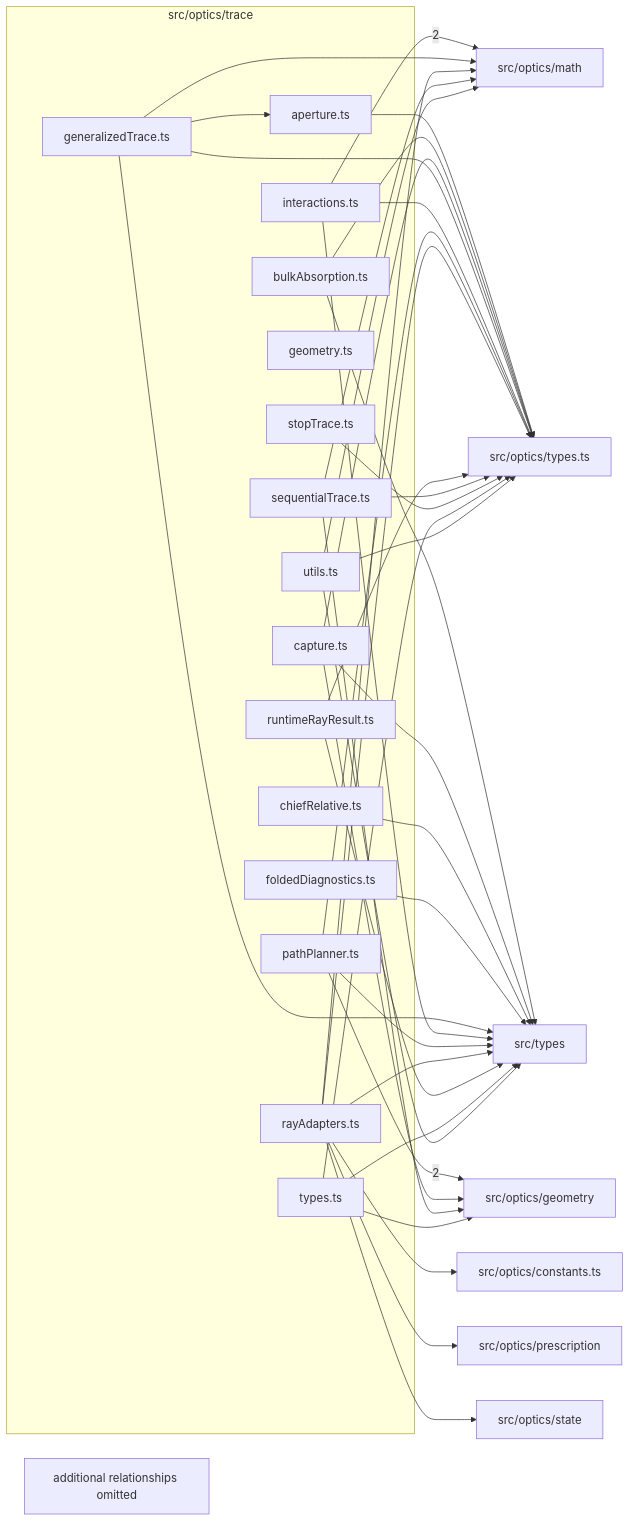
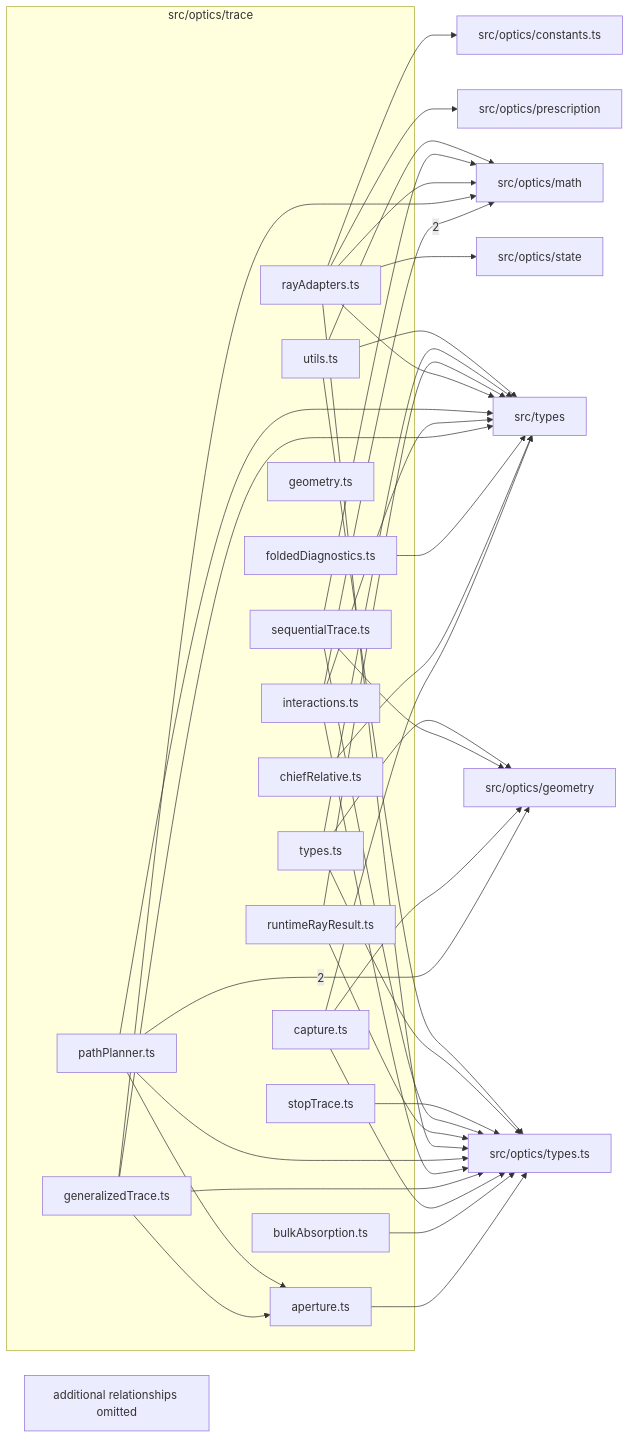
Before and after one commit to ronbuening/LensVisualizer: the diagram in src/optics/trace/readme.md, drawn with Mermaid. The commit also changed other lines of this file and 35 other files, not shown here.

Commit message:
S4.P3.T2 Request-bound ray adapters and bulk absorption from compiled media

````diff
--- a/src/optics/trace/readme.md
+++ b/src/optics/trace/readme.md
@@ -9,64 +9,64 @@
 ```mermaid
 flowchart LR
   subgraph n_src_optics_trace["src/optics/trace"]
     n_src_optics_trace_src_optics_trace_aperture_ts["aperture.ts"]
     n_src_optics_trace_src_optics_trace_bulkAbsorption_ts["bulkAbsorption.ts"]
     n_src_optics_trace_src_optics_trace_capture_ts["capture.ts"]
     n_src_optics_trace_src_optics_trace_chiefRelative_ts["chiefRelative.ts"]
     n_src_optics_trace_src_optics_trace_foldedDiagnostics_ts["foldedDiagnostics.ts"]
     n_src_optics_trace_src_optics_trace_generalizedTrace_ts["generalizedTrace.ts"]
     n_src_optics_trace_src_optics_trace_geometry_ts["geometry.ts"]
     n_src_optics_trace_src_optics_trace_interactions_ts["interactions.ts"]
     n_src_optics_trace_src_optics_trace_pathPlanner_ts["pathPlanner.ts"]
     n_src_optics_trace_src_optics_trace_rayAdapters_ts["rayAdapters.ts"]
     n_src_optics_trace_src_optics_trace_runtimeRayResult_ts["runtimeRayResult.ts"]
     n_src_optics_trace_src_optics_trace_sequentialTrace_ts["sequentialTrace.ts"]
     n_src_optics_trace_src_optics_trace_stopTrace_ts["stopTrace.ts"]
     n_src_optics_trace_src_optics_trace_types_ts["types.ts"]
     n_src_optics_trace_src_optics_trace_utils_ts["utils.ts"]
   end
   n_external_src_optics_geometry["src/optics/geometry"]
   n_external_src_optics_math["src/optics/math"]
   n_external_src_optics_constants_ts["src/optics/constants.ts"]
   n_external_src_optics_prescription["src/optics/prescription"]
   n_external_src_optics_state["src/optics/state"]
   n_external_src_optics_types_ts["src/optics/types.ts"]
   n_external_src_types["src/types"]
   n_src_optics_trace_src_optics_trace_pathPlanner_ts --> |2| n_external_src_optics_geometry
   n_src_optics_trace_src_optics_trace_interactions_ts --> |2| n_external_src_optics_math
   n_src_optics_trace_src_optics_trace_rayAdapters_ts --> n_external_src_optics_constants_ts
   n_src_optics_trace_src_optics_trace_capture_ts --> n_external_src_optics_geometry
   n_src_optics_trace_src_optics_trace_sequentialTrace_ts --> n_external_src_optics_geometry
   n_src_optics_trace_src_optics_trace_types_ts --> n_external_src_optics_geometry
   n_src_optics_trace_src_optics_trace_generalizedTrace_ts --> n_external_src_optics_math
   n_src_optics_trace_src_optics_trace_rayAdapters_ts --> n_external_src_optics_math
   n_src_optics_trace_src_optics_trace_sequentialTrace_ts --> n_external_src_optics_math
   n_src_optics_trace_src_optics_trace_utils_ts --> n_external_src_optics_math
   n_src_optics_trace_src_optics_trace_rayAdapters_ts --> n_external_src_optics_prescription
   n_src_optics_trace_src_optics_trace_rayAdapters_ts --> n_external_src_optics_state
   n_src_optics_trace_src_optics_trace_aperture_ts --> n_external_src_optics_types_ts
   n_src_optics_trace_src_optics_trace_bulkAbsorption_ts --> n_external_src_optics_types_ts
   n_src_optics_trace_src_optics_trace_capture_ts --> n_external_src_optics_types_ts
   n_src_optics_trace_src_optics_trace_generalizedTrace_ts --> n_external_src_optics_types_ts
   n_src_optics_trace_src_optics_trace_interactions_ts --> n_external_src_optics_types_ts
   n_src_optics_trace_src_optics_trace_pathPlanner_ts --> n_external_src_optics_types_ts
   n_src_optics_trace_src_optics_trace_rayAdapters_ts --> n_external_src_optics_types_ts
   n_src_optics_trace_src_optics_trace_runtimeRayResult_ts --> n_external_src_optics_types_ts
   n_src_optics_trace_src_optics_trace_sequentialTrace_ts --> n_external_src_optics_types_ts
   n_src_optics_trace_src_optics_trace_stopTrace_ts --> n_external_src_optics_types_ts
   n_src_optics_trace_src_optics_trace_types_ts --> n_external_src_optics_types_ts
   n_src_optics_trace_src_optics_trace_utils_ts --> n_external_src_optics_types_ts
-  n_src_optics_trace_src_optics_trace_bulkAbsorption_ts --> n_external_src_types
   n_src_optics_trace_src_optics_trace_capture_ts --> n_external_src_types
   n_src_optics_trace_src_optics_trace_chiefRelative_ts --> n_external_src_types
   n_src_optics_trace_src_optics_trace_foldedDiagnostics_ts --> n_external_src_types
   n_src_optics_trace_src_optics_trace_generalizedTrace_ts --> n_external_src_types
   n_src_optics_trace_src_optics_trace_interactions_ts --> n_external_src_types
   n_src_optics_trace_src_optics_trace_pathPlanner_ts --> n_external_src_types
   n_src_optics_trace_src_optics_trace_rayAdapters_ts --> n_external_src_types
   n_src_optics_trace_src_optics_trace_runtimeRayResult_ts --> n_external_src_types
   n_src_optics_trace_src_optics_trace_types_ts --> n_external_src_types
   n_src_optics_trace_src_optics_trace_utils_ts --> n_external_src_types
   n_src_optics_trace_src_optics_trace_generalizedTrace_ts --> n_src_optics_trace_src_optics_trace_aperture_ts
+  n_src_optics_trace_src_optics_trace_pathPlanner_ts --> n_src_optics_trace_src_optics_trace_aperture_ts
   n_src_optics_trace_truncated["additional relationships omitted"]
 ```
````
